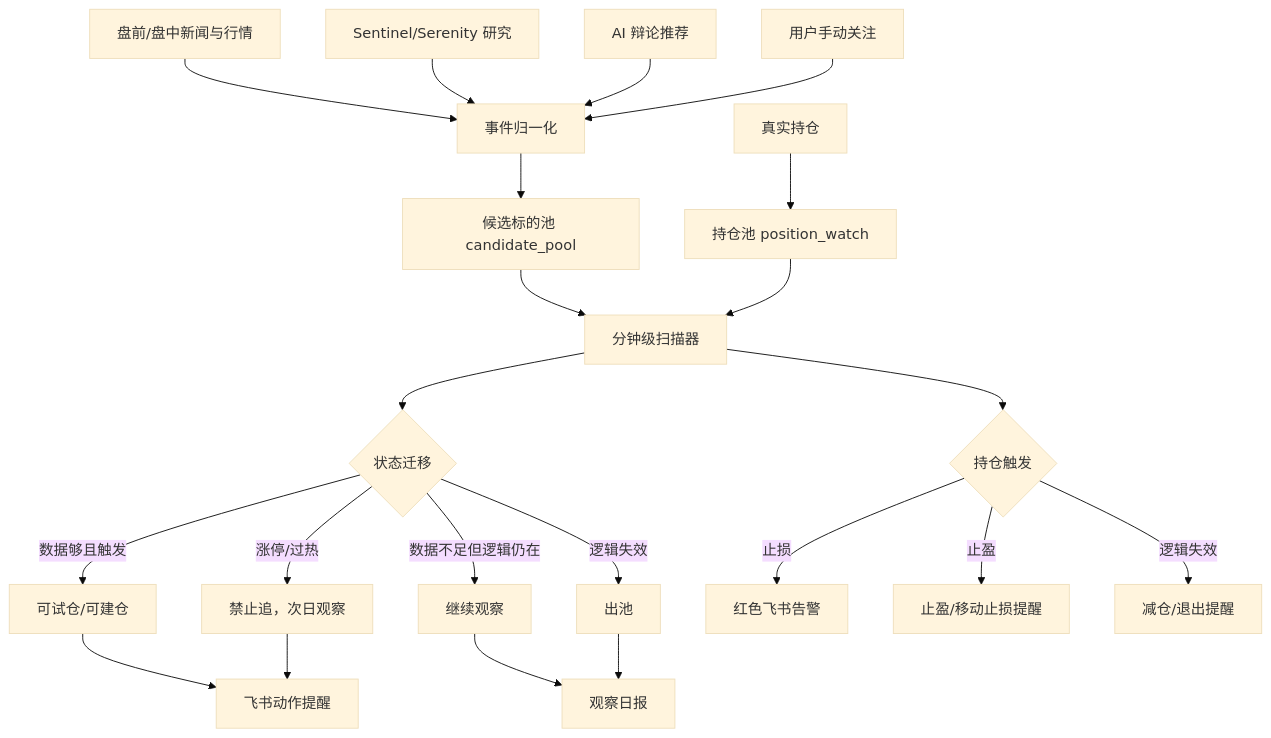
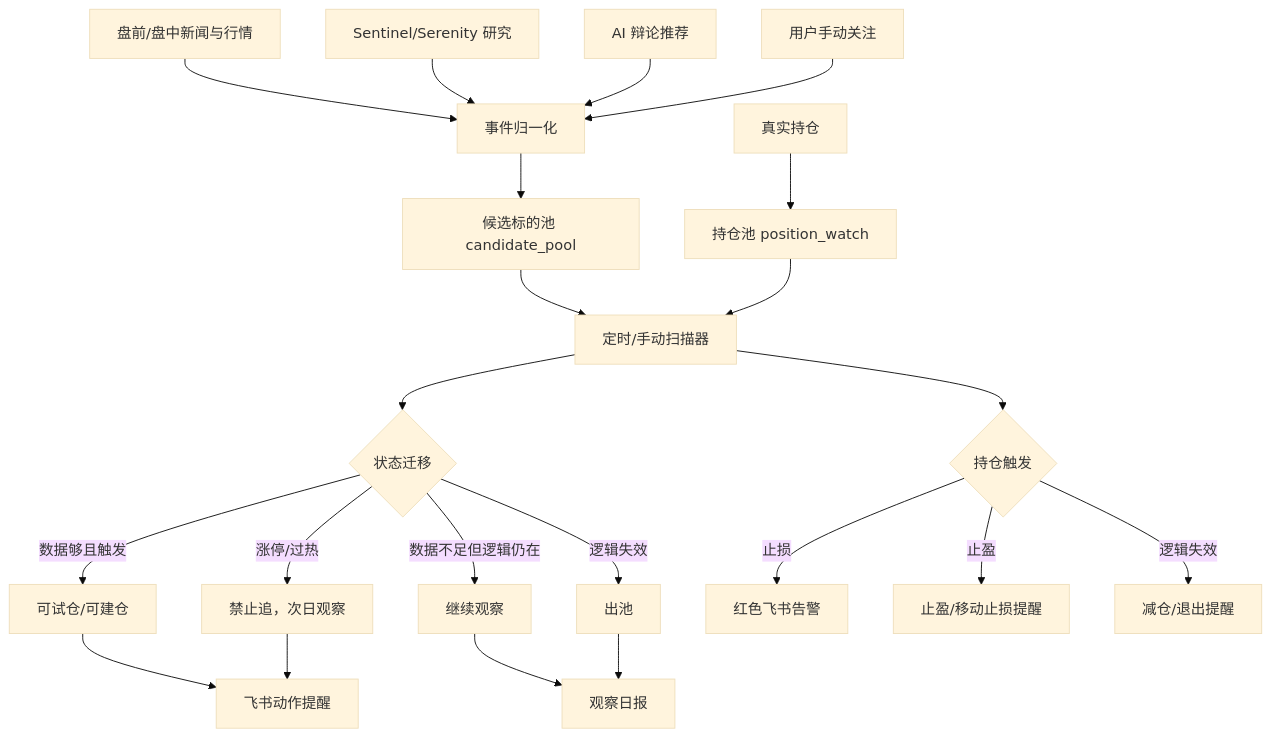
Before and after one commit to jarrensea-lab/congxifacai: the diagram in docs/superpowers/specs/2026-07-01-quant-lifecycle-v7-4-design.md, drawn with Mermaid (base theme). The commit also changed other lines of this file and 7 other files, not shown here.

````diff
--- a/docs/superpowers/specs/2026-07-01-quant-lifecycle-v7-4-design.md
+++ b/docs/superpowers/specs/2026-07-01-quant-lifecycle-v7-4-design.md
@@ -127,27 +127,27 @@
 ```mermaid
 flowchart TD
     A["盘前/盘中新闻与行情"] --> B["事件归一化"]
     C["Sentinel/Serenity 研究"] --> B
     D["AI 辩论推荐"] --> B
     E["用户手动关注"] --> B
 
     B --> F["候选标的池 candidate_pool"]
-    F --> G["分钟级扫描器"]
+    F --> G["定时/手动扫描器"]
     G --> H{"状态迁移"}
     H -->|数据够且触发| I["可试仓/可建仓"]
     H -->|数据不足但逻辑仍在| J["继续观察"]
     H -->|逻辑失效| K["出池"]
     H -->|涨停/过热| L["禁止追，次日观察"]
 
     I --> M["飞书动作提醒"]
     J --> N["观察日报"]
     K --> N
     L --> M
 
     O["真实持仓"] --> P["持仓池 position_watch"]
     P --> G
     G --> Q{"持仓触发"}
     Q -->|止损| R["红色飞书告警"]
     Q -->|止盈| S["止盈/移动止损提醒"]
     Q -->|逻辑失效| T["减仓/退出提醒"]
 ```
````
